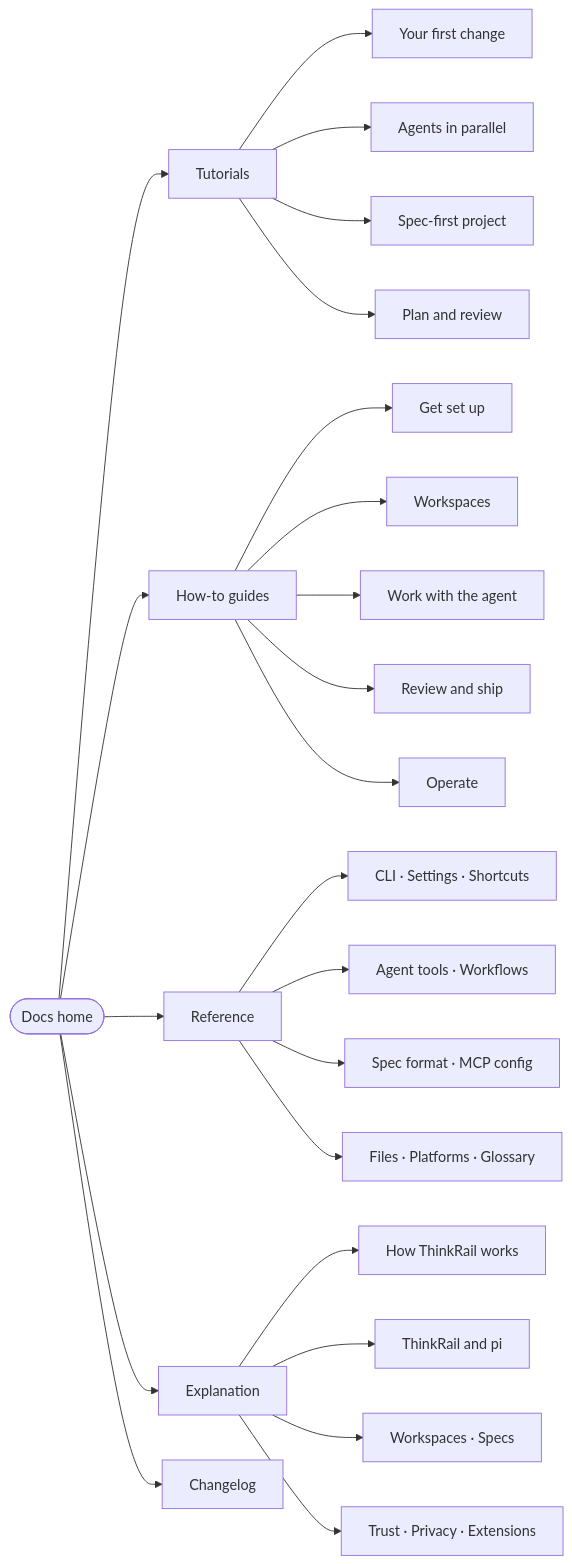
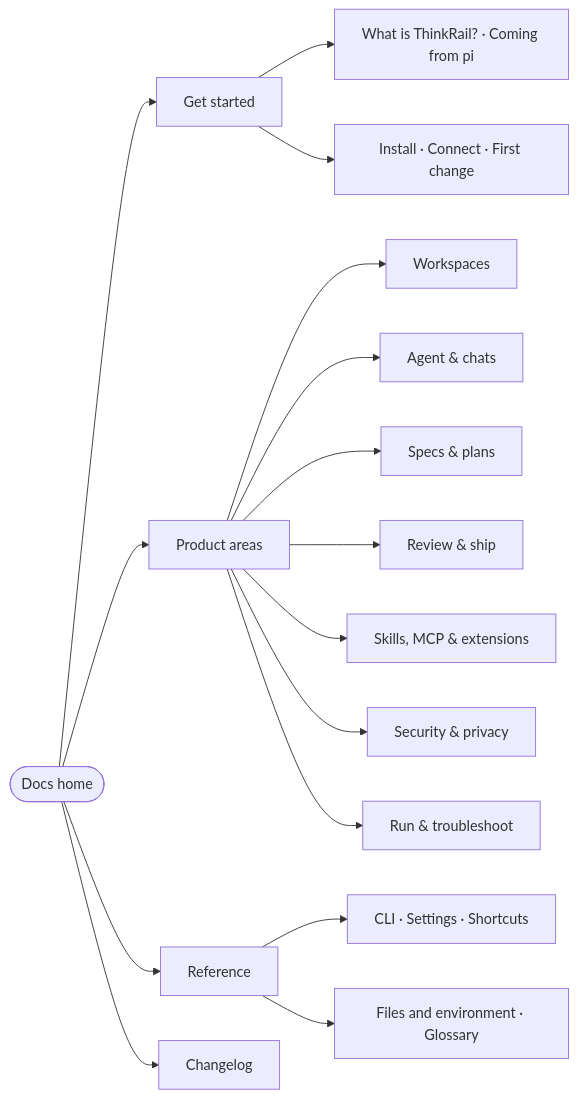
Before and after one commit to HadesArchitect/thinkrail: the diagram in docs/about-these-docs/information-architecture.md, drawn with Mermaid. The commit also changed other lines of this file and 90 other files, not shown here.

First line of the commit message:
docs: restructure navigation into a product map with an audience front door

````diff
--- a/docs/about-these-docs/information-architecture.md
+++ b/docs/about-these-docs/information-architecture.md
@@ -56,29 +50,21 @@
 ```mermaid
 flowchart LR
-    home([Docs home]) --> T[Tutorials]
-    home --> H[How-to guides]
+    home([Docs home]) --> GS[Get started]
+    home --> map[Product areas]
     home --> R[Reference]
-    home --> E[Explanation]
     home --> C[Changelog]
 
-    T --> t1[Your first change]
-    T --> t2[Agents in parallel]
-    T --> t3[Spec-first project]
-    T --> t4[Plan and review]
+    GS --> g1[What is ThinkRail? · Coming from pi]
+    GS --> g2[Install · Connect · First change]
 
-    H --> h1[Get set up]
-    H --> h2[Workspaces]
-    H --> h3[Work with the agent]
-    H --> h4[Review and ship]
-    H --> h5[Operate]
+    map --> a1[Workspaces]
+    map --> a2[Agent & chats]
+    map --> a3[Specs & plans]
+    map --> a4[Review & ship]
+    map --> a5[Skills, MCP & extensions]
+    map --> a6[Security & privacy]
+    map --> a7[Run & troubleshoot]
 
     R --> r1[CLI · Settings · Shortcuts]
-    R --> r2[Agent tools · Workflows]
-    R --> r3[Spec format · MCP config]
-    R --> r4[Files · Platforms · Glossary]
-
-    E --> e1[How ThinkRail works]
-    E --> e2[ThinkRail and pi]
-    E --> e3[Workspaces · Specs]
-    E --> e4[Trust · Privacy · Extensions]
+    R --> r2[Files and environment · Glossary]
 ```
````
